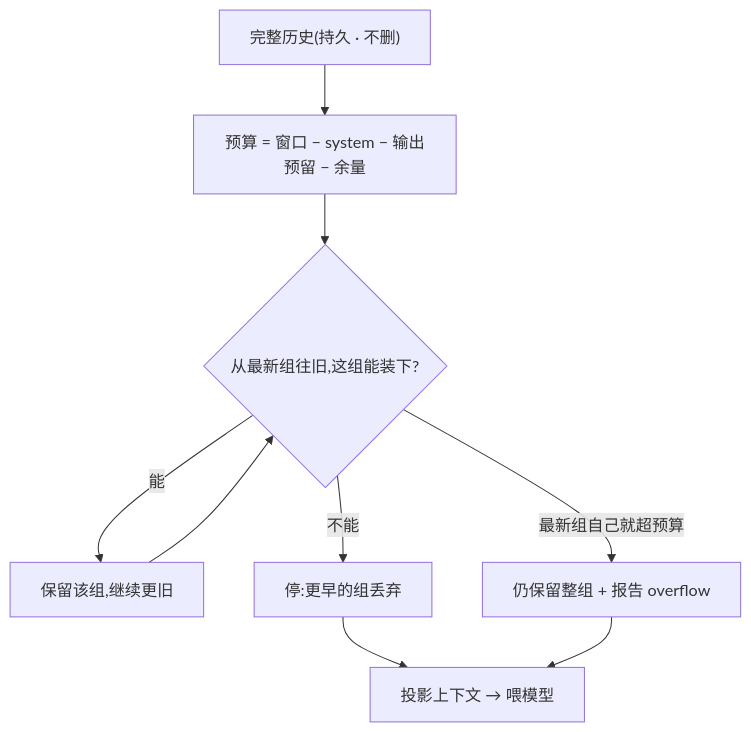
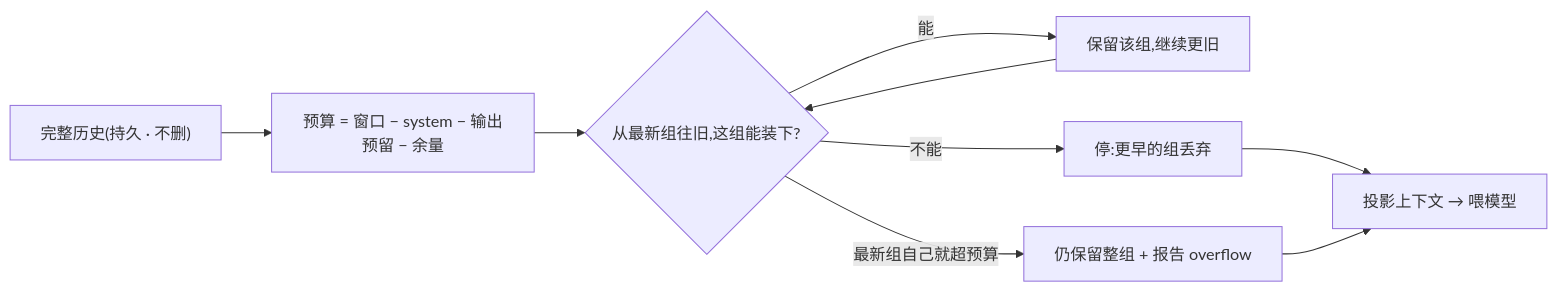
One commit to Deguang/agent-course changed the diagram in chapters/05/README.md. Above: the diagram before and after it, drawn with Mermaid. The commit also changed 6 other files, not shown here.

First line of the commit message:
style(site): 决策/流程图改横向 LR(从源头解决"太高")+ 去掉 cqw 补丁

````diff
--- a/chapters/05/README.md
+++ b/chapters/05/README.md
@@ -33,11 +33,11 @@
 ```mermaid
-flowchart TD
+flowchart LR
   H["完整历史(持久 · 不删)"]:::io --> B["预算 = 窗口 − system − 输出预留 − 余量"]:::sub
   B --> L{"从最新组往旧,这组能装下?"}:::model
   L -->|能| K["保留该组,继续更旧"]:::sub
   K --> L
   L -->|不能| S["停:更早的组丢弃"]:::sub
   L -->|"最新组自己就超预算"| O["仍保留整组 + 报告 overflow"]:::model
   S --> C["投影上下文 → 喂模型"]:::io
   O --> C
 ```
````
